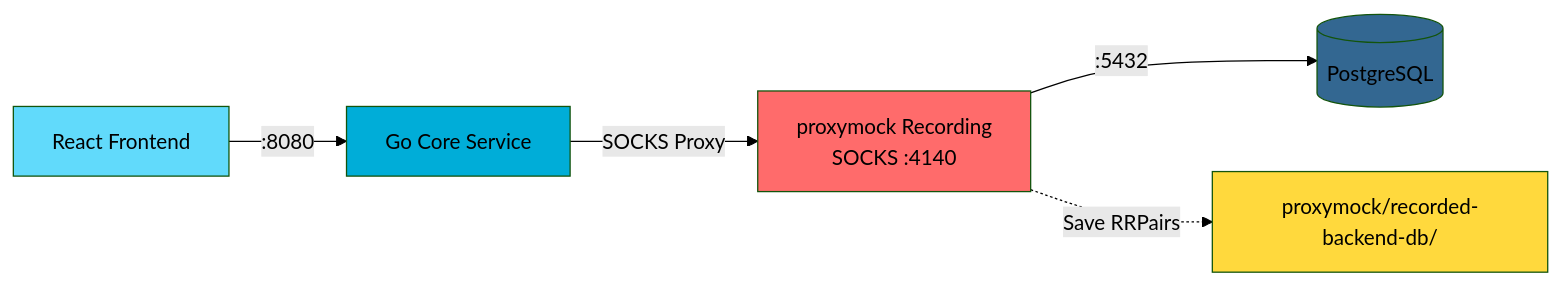
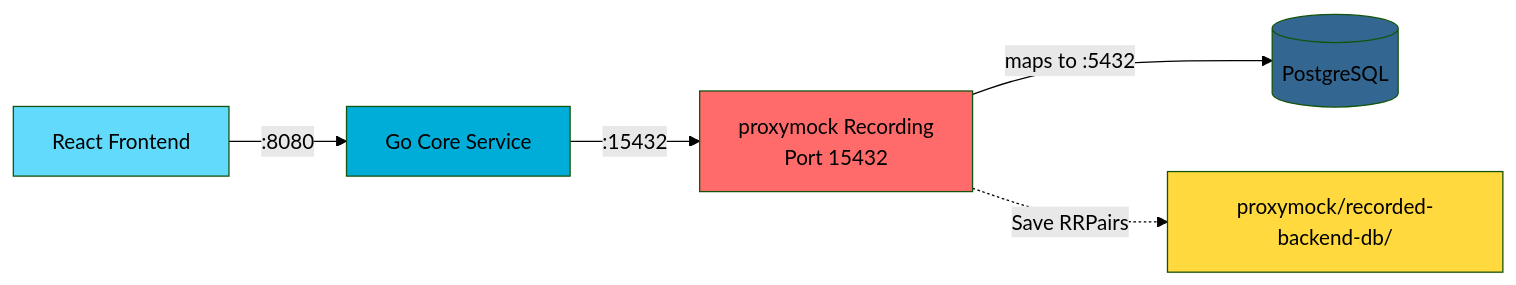
The third of 5 diagrams in proxymock/instructions.md (kenahrens/crm-demo), drawn with Mermaid (forest theme) before and after one commit. The commit also changed other lines of this file and 20 other files, not shown here.

````diff
--- a/proxymock/instructions.md
+++ b/proxymock/instructions.md
@@ -186,14 +188,14 @@
 ```mermaid
 graph LR
     Frontend[React Frontend] -->|:8080| CoreService[Go Core Service]
-    CoreService -->|SOCKS Proxy| PMRec[proxymock Recording<br/>SOCKS :4140]
-    PMRec -->|:5432| Postgres[(PostgreSQL)]
-    
+    CoreService -->|:15432| PMRec[proxymock Recording<br/>Port 15432]
+    PMRec -->|maps to :5432| Postgres[(PostgreSQL)]
+
     PMRec -.->|Save RRPairs| DBMockFiles[proxymock/recorded-backend-db/]
-    
+
     style Frontend fill:#61dafb
     style CoreService fill:#00add8
     style PMRec fill:#ff6b6b
     style Postgres fill:#336791
     style DBMockFiles fill:#ffd93d
 ```
````
